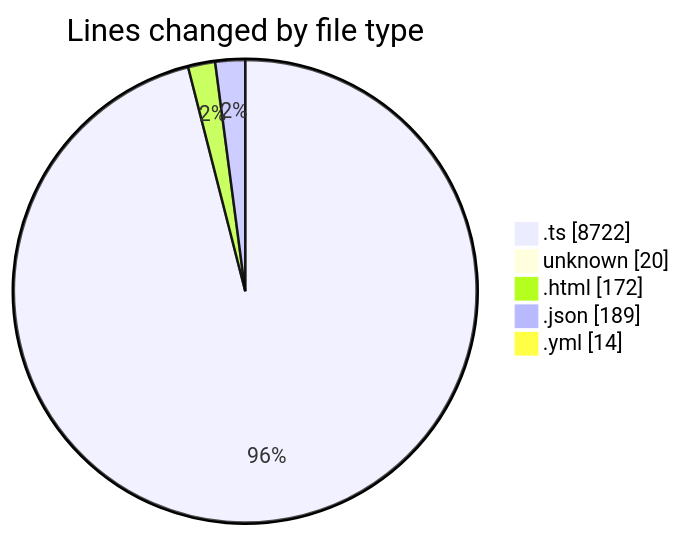
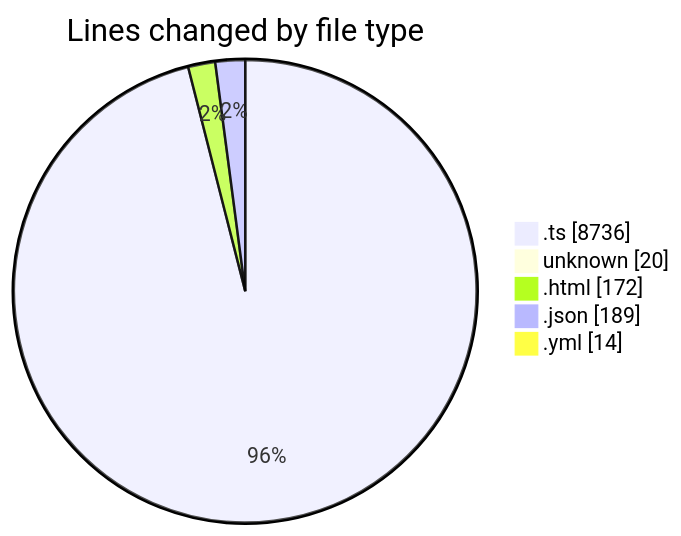
The first of 2 diagrams in 2026-02-06/singularitybrainai/README.md (tmsrecording-cyber/code-tracking), drawn with Mermaid before and after one commit. The commit also changed other lines of this file and 1 other file, not shown here.

````diff
--- a/2026-02-06/singularitybrainai/README.md
+++ b/2026-02-06/singularitybrainai/README.md
@@ -42,9 +42,9 @@
 ```mermaid
 pie showData
 title Lines changed by file type
-".ts" : 8722
+".ts" : 8736
 "unknown" : 20
 ".html" : 172
 ".json" : 189
 ".yml" : 14
 ```
````
